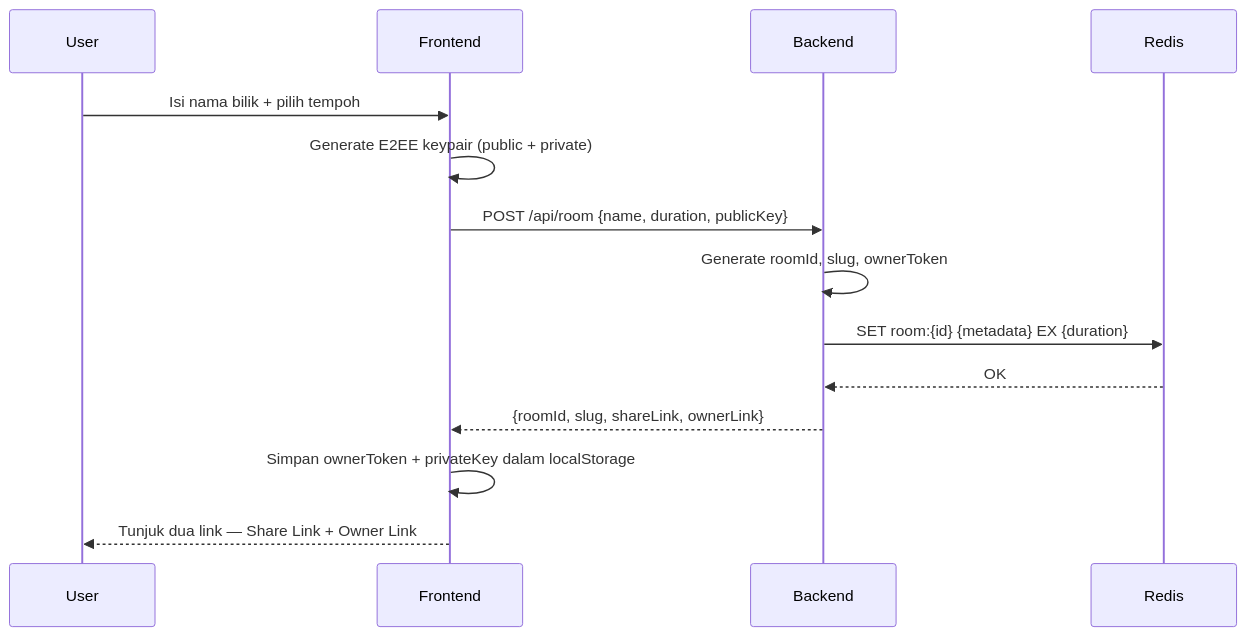
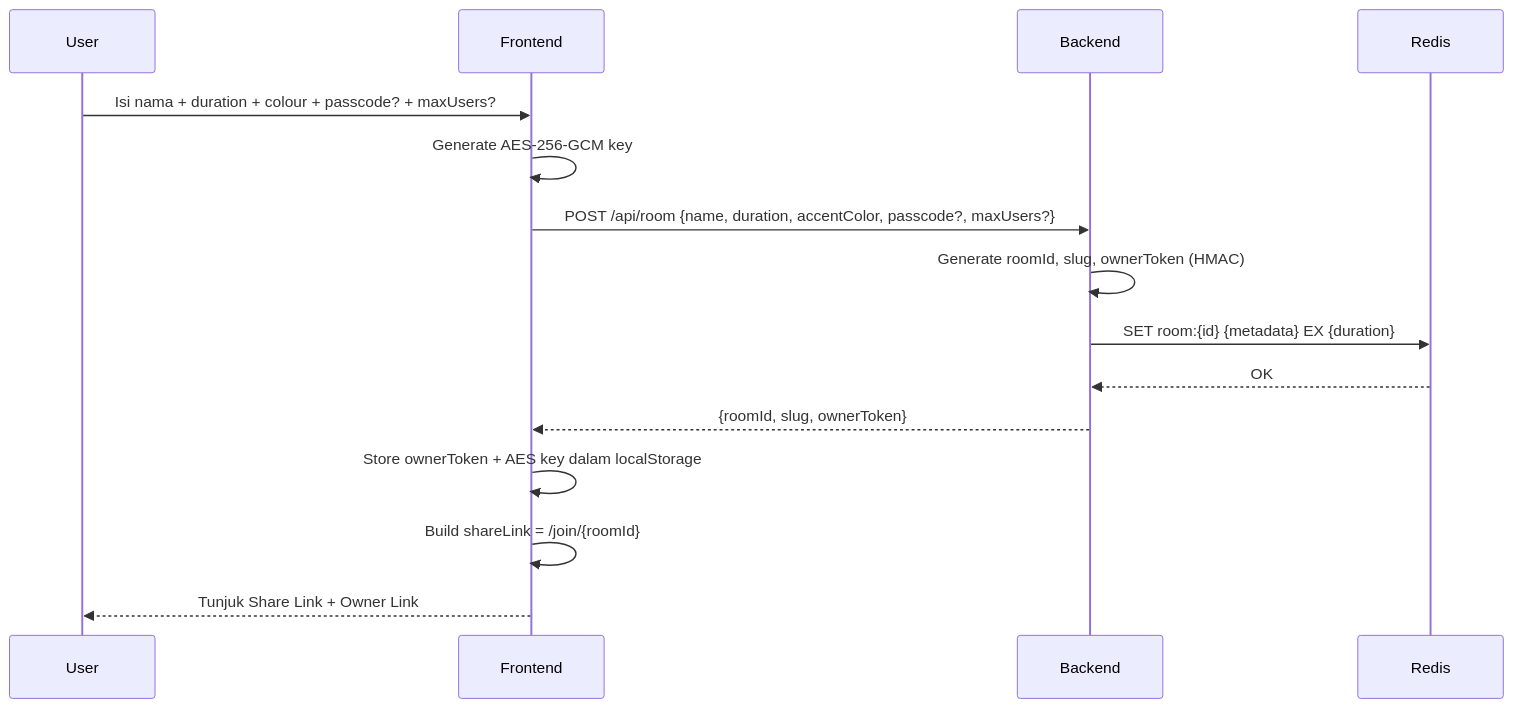
The eighth of 13 diagrams in README.md (snsyaqirah/KacipLuhh), drawn with Mermaid before and after one commit. The commit also changed other lines of this file, not shown here.

````diff
--- a/README.md
+++ b/README.md
@@ -324,17 +358,18 @@
 ```mermaid
 sequenceDiagram
     participant U as User
     participant FE as Frontend
     participant API as Backend
     participant RD as Redis
 
-    U->>FE: Isi nama bilik + pilih tempoh
-    FE->>FE: Generate E2EE keypair (public + private)
-    FE->>API: POST /api/room {name, duration, publicKey}
-    API->>API: Generate roomId, slug, ownerToken
+    U->>FE: Isi nama + duration + colour + passcode? + maxUsers?
+    FE->>FE: Generate AES-256-GCM key
+    FE->>API: POST /api/room {name, duration, accentColor, passcode?, maxUsers?}
+    API->>API: Generate roomId, slug, ownerToken (HMAC)
     API->>RD: SET room:{id} {metadata} EX {duration}
     RD-->>API: OK
-    API-->>FE: {roomId, slug, shareLink, ownerLink}
-    FE->>FE: Simpan ownerToken + privateKey dalam localStorage
-    FE-->>U: Tunjuk dua link — Share Link + Owner Link
+    API-->>FE: {roomId, slug, ownerToken}
+    FE->>FE: Store ownerToken + AES key dalam localStorage
+    FE->>FE: Build shareLink = /join/{roomId}#k={base64Key}
+    FE-->>U: Tunjuk Share Link + Owner Link
 ```
````
